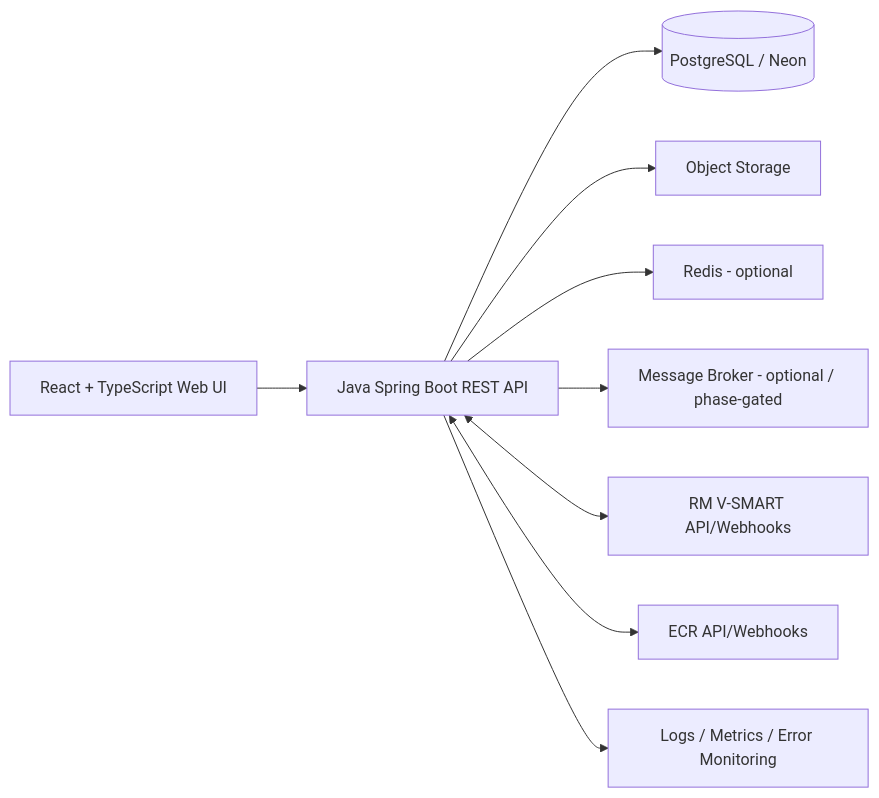
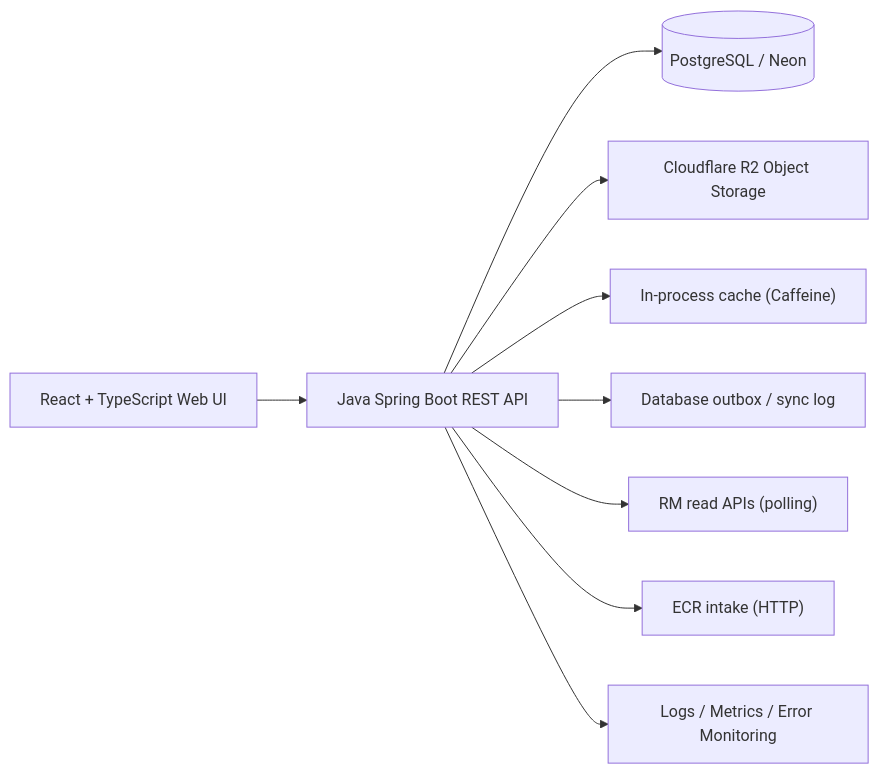
Before and after one commit to poairtronic/velan-production: the diagram in docs/phase-1/13_Tech_Stack.md, drawn with Mermaid. The commit also changed other lines of this file, not shown here.

Commit message:
docs: update 13_Tech_Stack.md per decision log 2026-11-24

````diff
--- a/docs/phase-1/13_Tech_Stack.md
+++ b/docs/phase-1/13_Tech_Stack.md
@@ -8,11 +10,11 @@
 ```mermaid
 flowchart LR
-  UI[React + TypeScript Web UI] --> API[Java Spring Boot REST API]
-  API --> DB[(PostgreSQL / Neon)]
-  API --> OBJ[Object Storage]
-  API --> CACHE[Redis - optional]
-  API --> Q[Message Broker - optional / phase-gated]
-  API <--> RM[RM V-SMART API/Webhooks]
-  API <--> ECR[ECR API/Webhooks]
-  API --> OBS[Logs / Metrics / Error Monitoring]
+  UI["React + TypeScript Web UI"] --> API["Java Spring Boot REST API"]
+  API --> DB[("PostgreSQL / Neon")]
+  API --> OBJ["Cloudflare R2 Object Storage"]
+  API --> CACHE["In-process cache (Caffeine)"]
+  API --> OUTBOX["Database outbox / sync log"]
+  API --> RM["RM read APIs (polling)"]
+  API --> ECR["ECR intake (HTTP)"]
+  API --> OBS["Logs / Metrics / Error Monitoring"]
 ```
````
